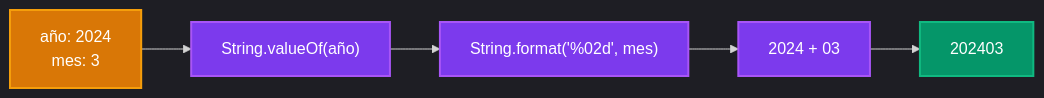
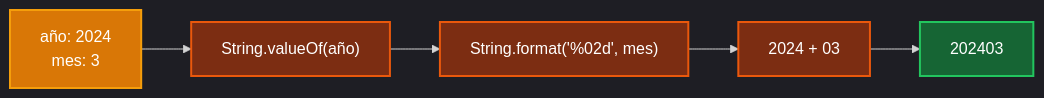
One commit to pybalt/algo2 changed diagram 13 of 16 in tp-final/README_IMPLEMENTACIONES.md. Above: the diagram before and after it, drawn with Mermaid. The commit also changed other lines of this file and 1 other file, not shown here.

````diff
--- a/tp-final/README_IMPLEMENTACIONES.md
+++ b/tp-final/README_IMPLEMENTACIONES.md
@@ -377,14 +504,14 @@
 ```mermaid
 %%{init: {'theme':'dark'}}%%
 flowchart LR
     A["año: 2024<br/>mes: 3"] --> B["String.valueOf(año)"]
     B --> C["String.format('%02d', mes)"]
     C --> D["2024 + 03"]
     D --> E["202403"]
     
-    style A fill:#d97706,stroke:#f59e0b,stroke-width:2px,color:#fff
-    style B fill:#7c3aed,stroke:#a855f7,stroke-width:2px,color:#fff
-    style C fill:#7c3aed,stroke:#a855f7,stroke-width:2px,color:#fff
-    style D fill:#7c3aed,stroke:#a855f7,stroke-width:2px,color:#fff
-    style E fill:#059669,stroke:#10b981,stroke-width:2px,color:#fff
+    style A fill:#d97706,stroke:#f59e0b,stroke-width:2px,color:#ffffff
+    style B fill:#7c2d12,stroke:#ea580c,stroke-width:2px,color:#ffffff
+    style C fill:#7c2d12,stroke:#ea580c,stroke-width:2px,color:#ffffff
+    style D fill:#7c2d12,stroke:#ea580c,stroke-width:2px,color:#ffffff
+    style E fill:#166534,stroke:#22c55e,stroke-width:2px,color:#ffffff
 ```
````
